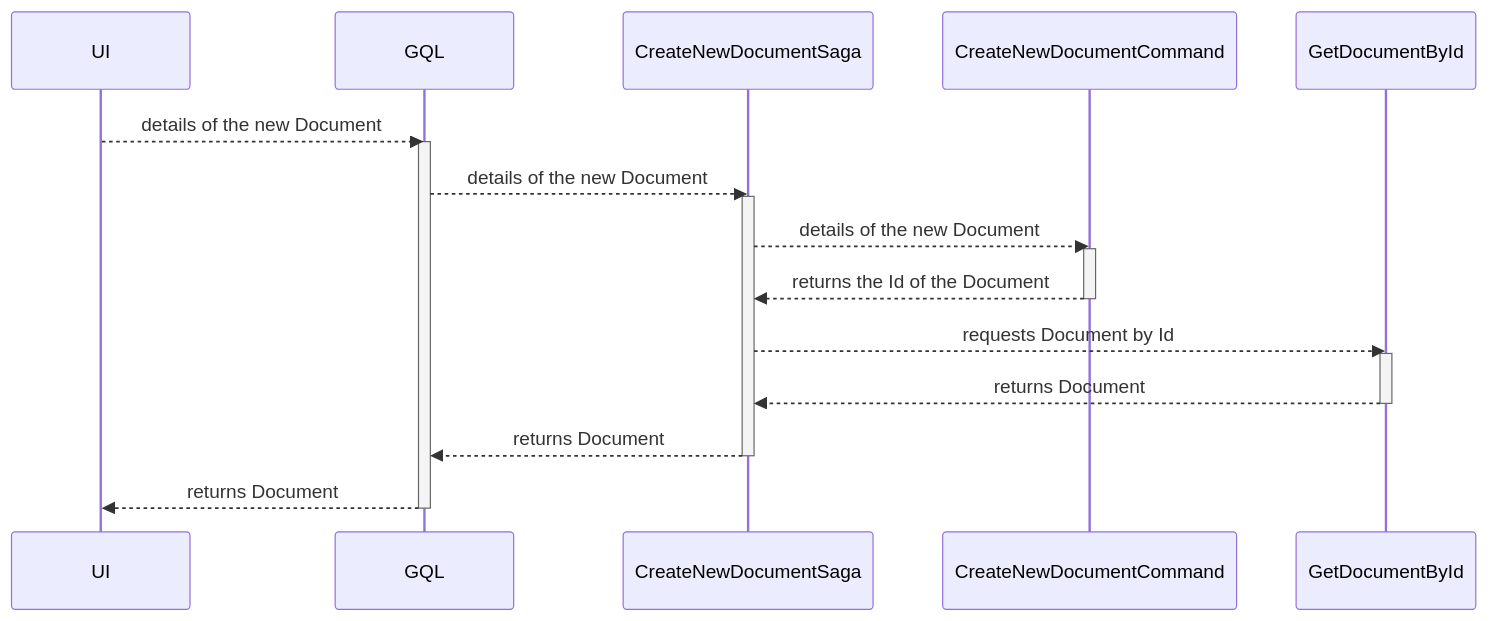
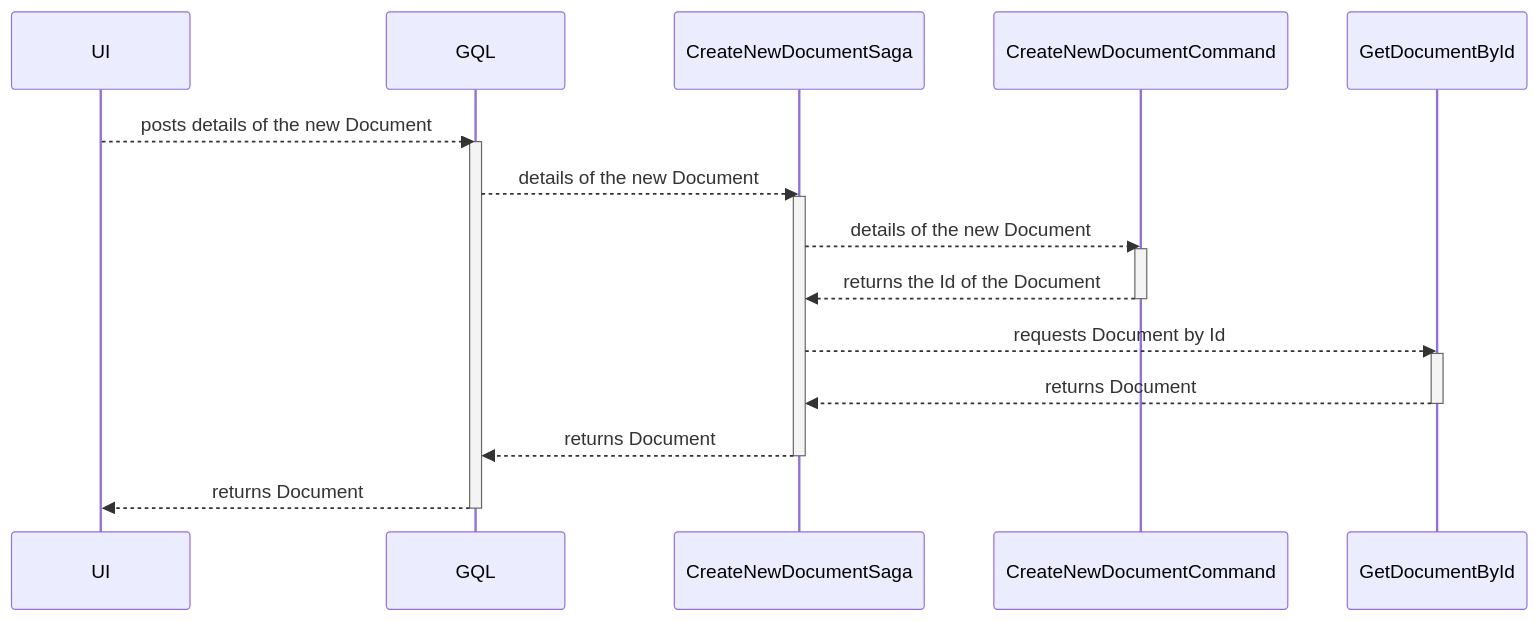
The diagram in Docs/docs/stories/document/create_new_document_domain_object.md (EncyclopediaGalactica/EncyclopediaGalactica), drawn with Mermaid before and after one commit. The commit also changed 27 other files, not shown here.

````diff
--- a/Docs/docs/stories/document/create_new_document_domain_object.md
+++ b/Docs/docs/stories/document/create_new_document_domain_object.md
@@ -27,19 +27,19 @@
 ```mermaid
 sequenceDiagram
-    UI -->> GQL: details of the new Document
+    UI -->> GQL: posts details of the new Document
     activate GQL
     GQL -->> CreateNewDocumentSaga: details of the new Document
     activate CreateNewDocumentSaga
     CreateNewDocumentSaga -->> CreateNewDocumentCommand: details of the new Document
     activate CreateNewDocumentCommand
     CreateNewDocumentCommand -->> CreateNewDocumentSaga: returns the Id of the Document
     deactivate CreateNewDocumentCommand
     CreateNewDocumentSaga -->> GetDocumentById: requests Document by Id
     activate GetDocumentById
     GetDocumentById -->> CreateNewDocumentSaga: returns Document
     deactivate GetDocumentById
     CreateNewDocumentSaga -->> GQL: returns Document
     deactivate CreateNewDocumentSaga
     GQL -->> UI: returns Document
     deactivate GQL
 ```
````
